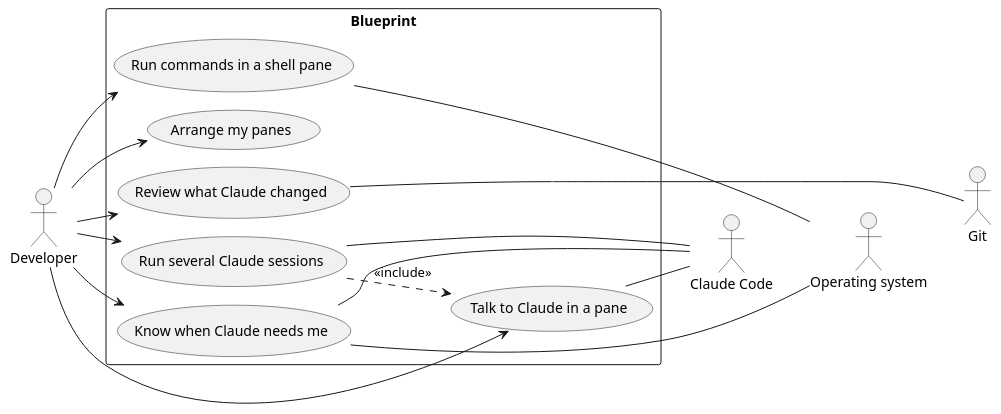
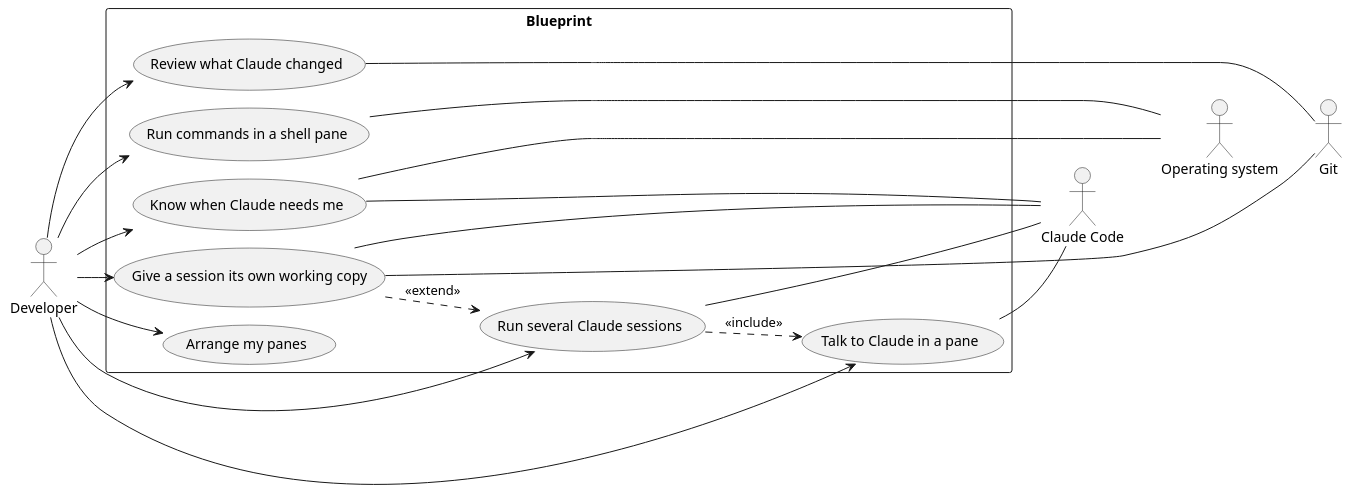
Before and after one commit to karsanda/blueprint: the diagram in entries/diagram/blueprint.puml, drawn with PlantUML. The commit also changed 6 other files, not shown here.

Commit message:
Draft the use case for giving a session its own working copy

```diff
--- a/entries/diagram/blueprint.puml
+++ b/entries/diagram/blueprint.puml
@@ -1,45 +1,50 @@
 @startuml blueprint
 ' Every Blueprint use case, the actors in each, and the System boundary.
 ' The text entries are the source; this diagram only shows how they fit together.
 ' View it with the PlantUML extension in VS Code, or render it with `plantuml -tsvg`.
 ' Smetana layout needs no Graphviz. SVGs are not committed.
 !pragma layout smetana
 left to right direction
 skinparam shadowing false
 skinparam monochrome true
 
 actor Developer [[../actors/developer.md]]
 
 rectangle Blueprint [[../system/blueprint.md]] {
   usecase "Run several Claude sessions" as Several [[../usecase/blueprint/run_several_claude_sessions.md]]
   usecase "Talk to Claude in a pane" as Talk [[../usecase/blueprint/talk_to_claude_in_a_pane.md]]
   usecase "Know when Claude needs me" as Know [[../usecase/blueprint/know_when_claude_needs_me.md]]
   usecase "Run commands in a shell pane" as Shell [[../usecase/blueprint/run_commands_in_a_shell_pane.md]]
   usecase "Arrange my panes" as Arrange [[../usecase/blueprint/arrange_my_panes.md]]
   usecase "Review what Claude changed" as Review [[../usecase/blueprint/review_what_claude_changed.md]]
+  usecase "Give a session its own working copy" as Copy [[../usecase/blueprint/give_a_session_its_own_working_copy.md]]
 }
 
 actor "Claude Code" as ClaudeCode
 actor "Operating system" as OS
 actor Git
 
 Developer --> Several
 Developer --> Talk
 Developer --> Know
 Developer --> Shell
 Developer --> Arrange
 Developer --> Review
+Developer --> Copy
 
 Several ..> Talk : <<include>>
+Copy ..> Several : <<extend>>
 
 Several -- ClaudeCode
 Talk -- ClaudeCode
 Know -- ClaudeCode
 Know -- OS
 Shell -- OS
 Review -- Git
+Copy -- ClaudeCode
+Copy -- Git
 
 ' Hidden links fix the supporting actors' order, so no lines cross.
 ClaudeCode -[hidden]- OS
 OS -[hidden]- Git
 @enduml
```
